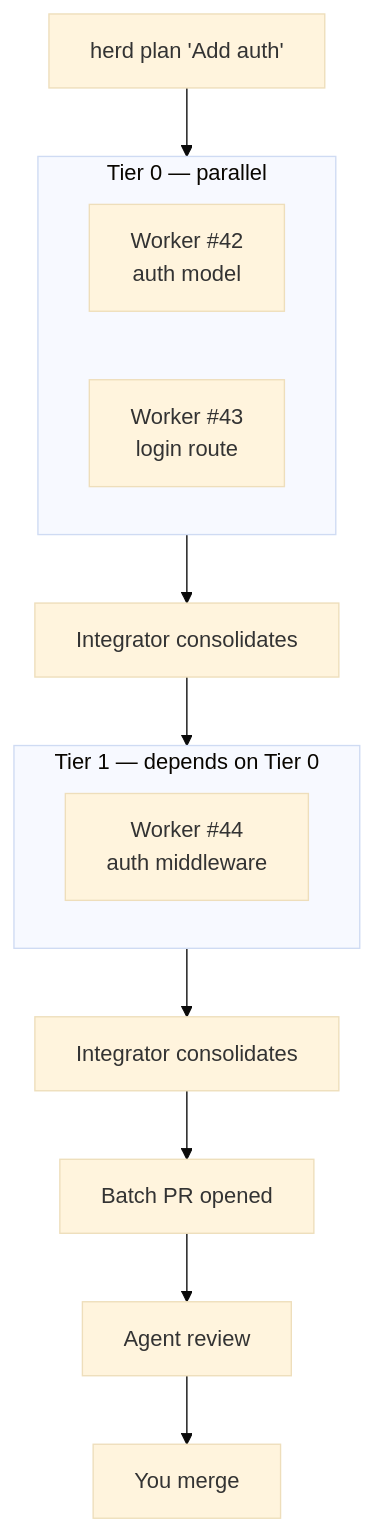
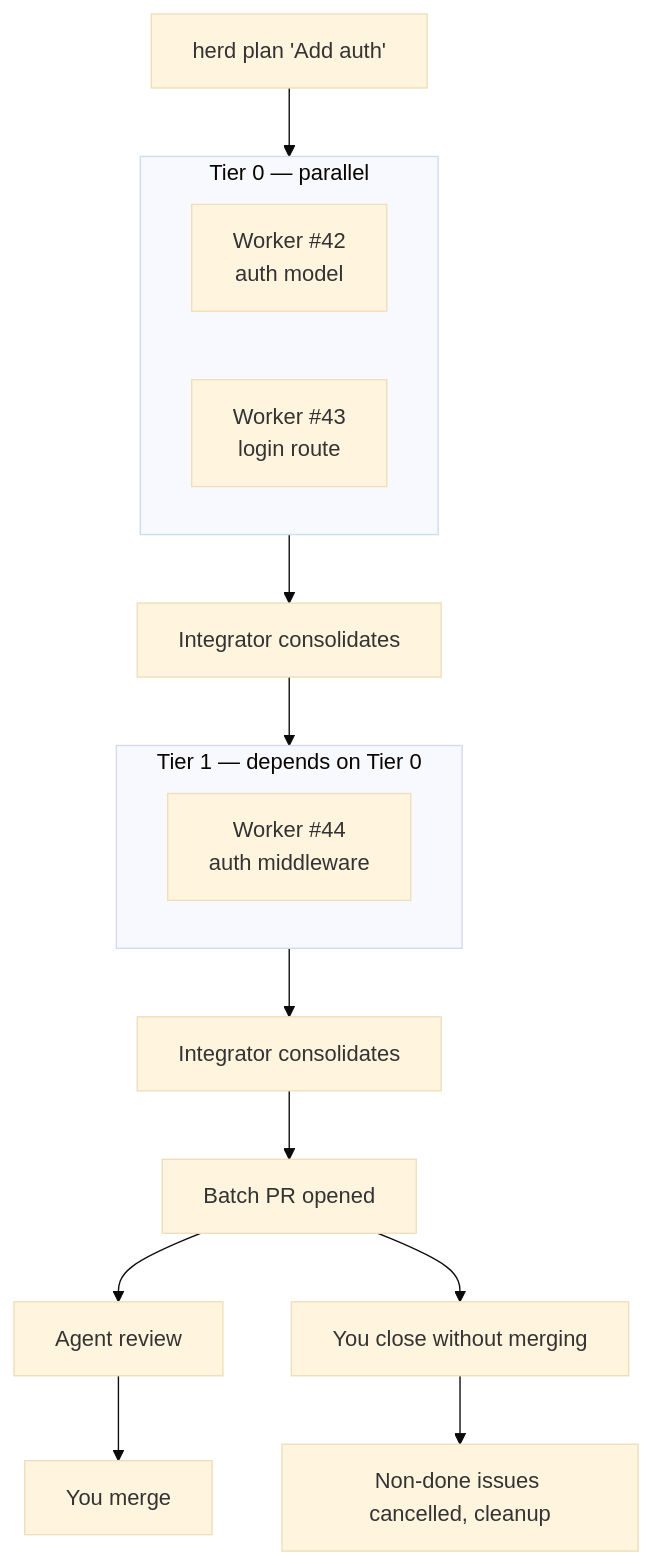
Before and after one commit to Herd-OS/herd: the diagram in README.md, drawn with Mermaid (base theme). The commit also changed 4 other files, not shown here.

First line of the commit message:
docs: document PR close cleanup and herd/status:cancelled label (#353)

````diff
--- a/README.md
+++ b/README.md
@@ -35,21 +35,23 @@
 ```mermaid
 graph TD
     A[herd plan 'Add auth'] --> B
 
     subgraph B[Tier 0 — parallel]
         W1[Worker #42<br>auth model]
         W2[Worker #43<br>login route]
     end
 
     B --> C[Integrator consolidates]
 
     subgraph D[Tier 1 — depends on Tier 0]
         W3[Worker #44<br>auth middleware]
     end
 
     C --> D
     D --> E[Integrator consolidates]
     E --> F[Batch PR opened]
     F --> G[Agent review]
     G --> H[You merge]
+    F --> I[You close without merging]
+    I --> J[Non-done issues cancelled, cleanup]
 ```
````
